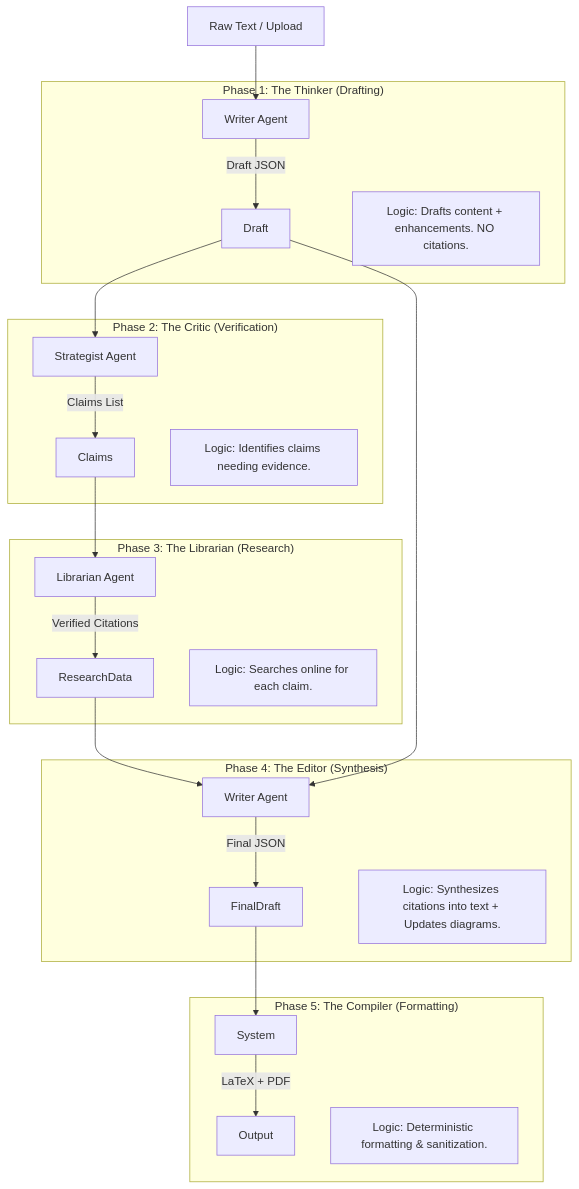
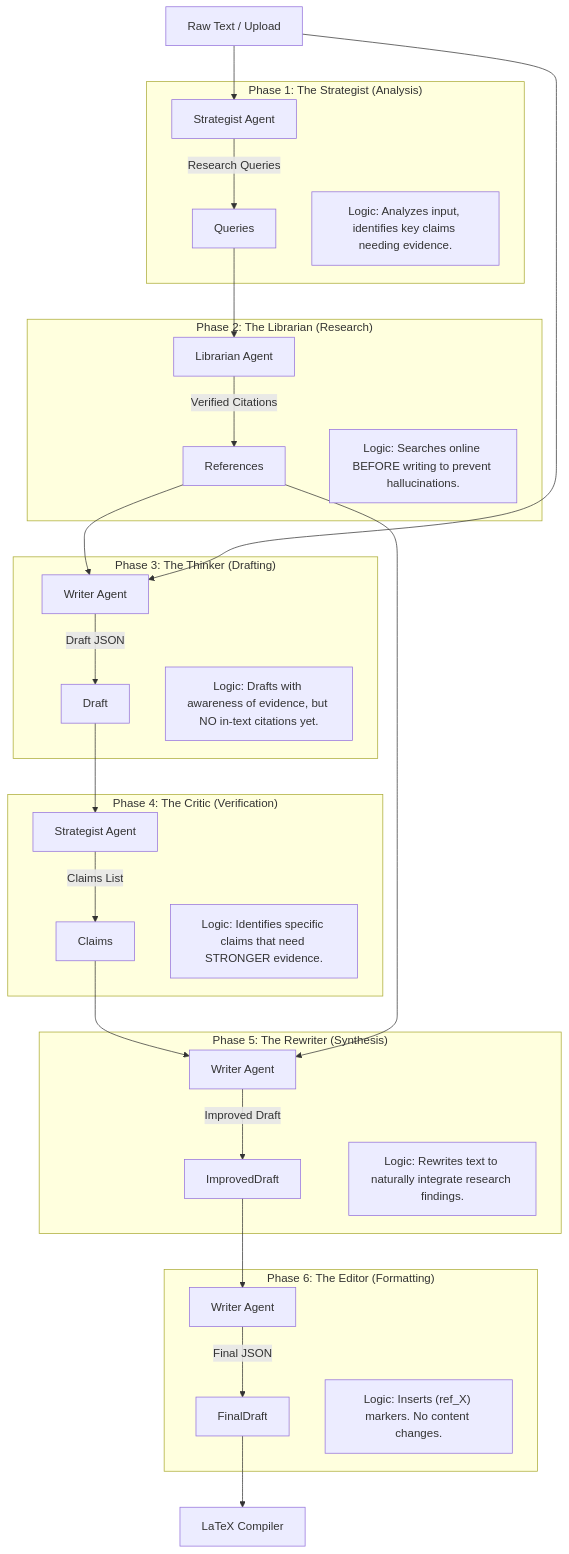
One commit to keithligh/Auto-Academic-Paper-RC1 changed the diagram in CONTENT_GENERATION_PIPELINE.md. Above: the diagram before and after it, drawn with Mermaid. The commit also changed other lines of this file and 8 other files, not shown here.

Commit message:
Compliance Update: Verified SSOT Alignment, No-PDF Policy, and TikZ Hybrid Intent Logic

````diff
--- a/CONTENT_GENERATION_PIPELINE.md
+++ b/CONTENT_GENERATION_PIPELINE.md
@@ -11,38 +11,48 @@
 ```mermaid
 graph TD
     Input["Raw Text / Upload"] --> Phase1
     
-    subgraph "Phase 1: The Thinker (Drafting)"
-        Phase1["Writer Agent"] -->|Draft JSON| Draft
-        Note1["Logic: Drafts content + enhancements. NO citations."]
+    subgraph "Phase 1: The Strategist (Analysis)"
+        Phase1["Strategist Agent"] -->|Research Queries| Queries
+        Note1["Logic: Analyzes input, identifies key claims needing evidence."]
     end
     
-    Draft --> Phase2
+    Queries --> Phase2
     
-    subgraph "Phase 2: The Critic (Verification)"
-        Phase2["Strategist Agent"] -->|Claims List| Claims
-        Note2["Logic: Identifies claims needing evidence."]
+    subgraph "Phase 2: The Librarian (Research)"
+        Phase2["Librarian Agent"] -->|Verified Citations| References
+        Note2["Logic: Searches online BEFORE writing to prevent hallucinations."]
     end
     
-    Claims --> Phase3
+    References --> Phase3
+    Input --> Phase3
     
-    subgraph "Phase 3: The Librarian (Research)"
-        Phase3["Librarian Agent"] -->|Verified Citations| ResearchData
-        Note3["Logic: Searches online for each claim."]
+    subgraph "Phase 3: The Thinker (Drafting)"
+        Phase3["Writer Agent"] -->|Draft JSON| Draft
+        Note3["Logic: Drafts with awareness of evidence, but NO in-text citations yet."]
     end
     
-    ResearchData --> Phase4
     Draft --> Phase4
     
-    subgraph "Phase 4: The Editor (Synthesis)"
-        Phase4["Writer Agent"] -->|Final JSON| FinalDraft
-        Note4["Logic: Synthesizes citations into text + Updates diagrams."]
+    subgraph "Phase 4: The Critic (Verification)"
+        Phase4["Strategist Agent"] -->|Claims List| Claims
+        Note4["Logic: Identifies specific claims that need STRONGER evidence."]
     end
     
-    FinalDraft --> Phase5
+    Claims --> Phase5
+    References --> Phase5
     
-    subgraph "Phase 5: The Compiler (Formatting)"
-        Phase5["System"] -->|LaTeX + PDF| Output
-        Note5["Logic: Deterministic formatting & sanitization."]
+    subgraph "Phase 5: The Rewriter (Synthesis)"
+        Phase5["Writer Agent"] -->|Improved Draft| ImprovedDraft
+        Note5["Logic: Rewrites text to naturally integrate research findings."]
     end
+    
+    ImprovedDraft --> Phase6
+    
+    subgraph "Phase 6: The Editor (Formatting)"
+        Phase6["Writer Agent"] -->|Final JSON| FinalDraft
+        Note6["Logic: Inserts (ref_X) markers. No content changes."]
+    end
+    
+    FinalDraft --> Output["LaTeX Compiler"]
 ```
````
